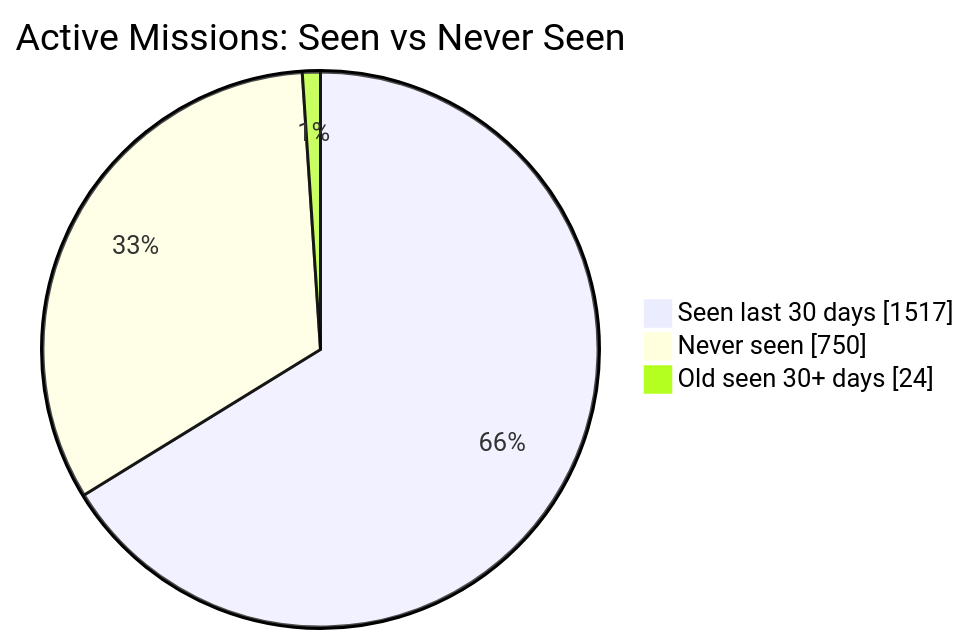
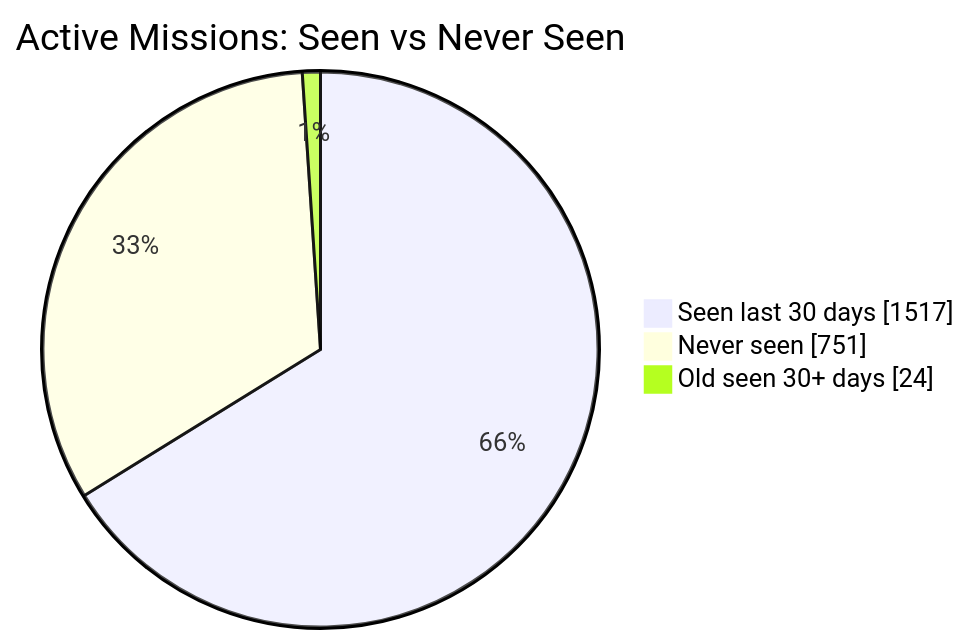
Before and after one commit to MeldkamerspelGameTeam/active-missions: the first of 2 diagrams in README.md, drawn with Mermaid. The commit also changed other lines of this file and 4 other files, not shown here.

````diff
--- a/README.md
+++ b/README.md
@@ -34,7 +34,7 @@
 ```mermaid
 pie showData
     title Active Missions: Seen vs Never Seen
     "Seen last 30 days" : 1517
-    "Never seen" : 750
+    "Never seen" : 751
     "Old seen 30+ days" : 24
 ```
````
